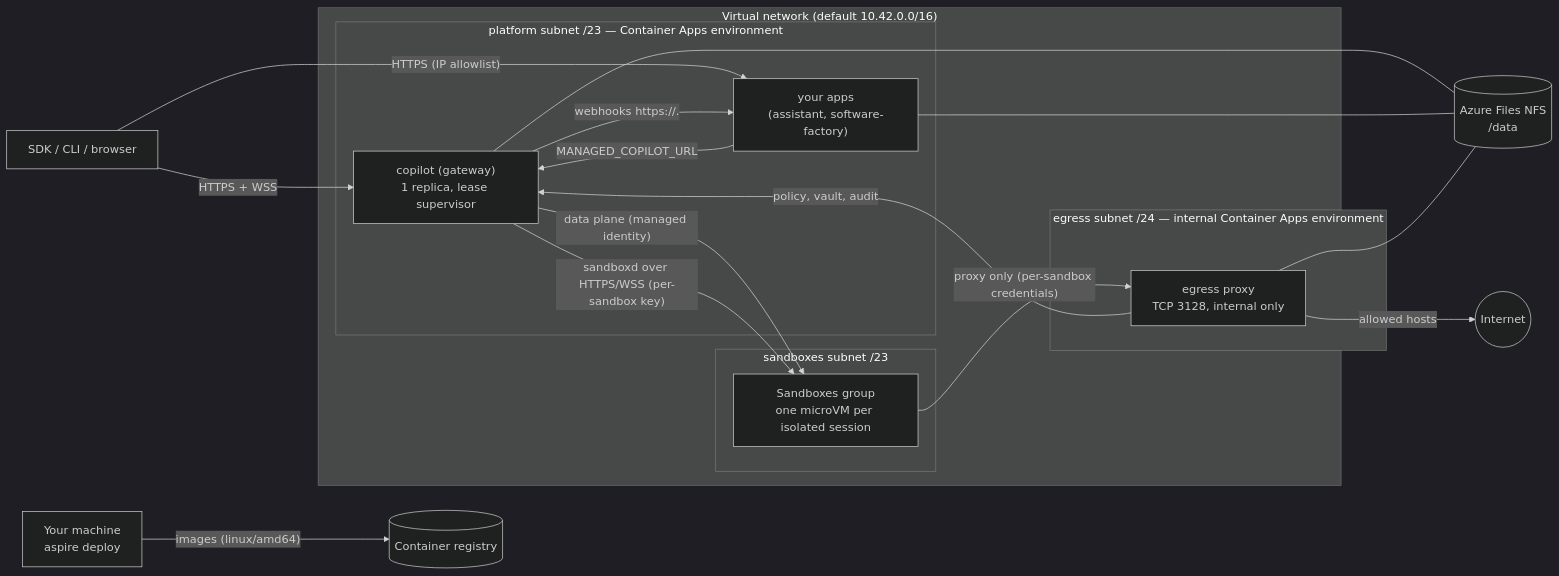
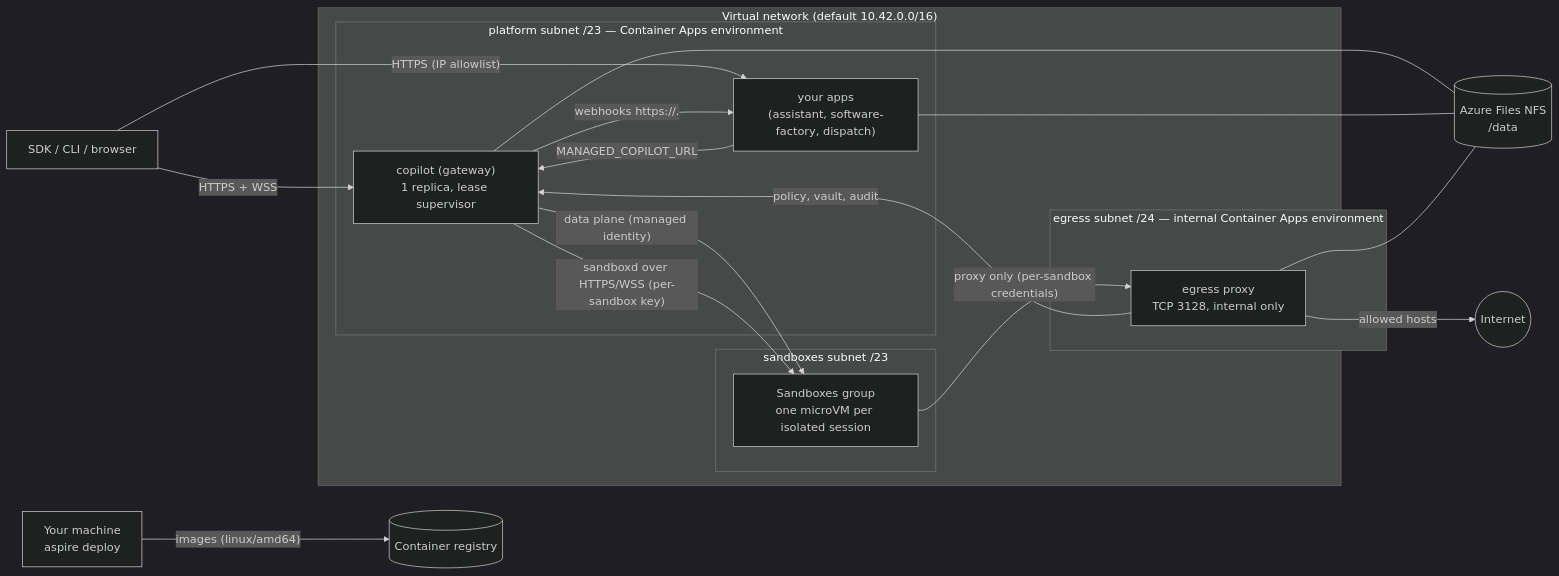
The diagram in docs/deployment.md (patniko/managed-copilot-sdk), drawn with Mermaid (dark theme) before and after one commit. The commit also changed other lines of this file and 4 other files, not shown here.

First line of the commit message:
Record Azure evidence for Dispatch and the agent-led factory

````diff
--- a/docs/deployment.md
+++ b/docs/deployment.md
@@ -25,30 +26,30 @@
 ```mermaid
 flowchart LR
   Dev["Your machine<br/>aspire deploy"] -- "images (linux/amd64)" --> ACR[(Container registry)]
   subgraph VNet["Virtual network (default 10.42.0.0/16)"]
     subgraph Platform["platform subnet /23 — Container Apps environment"]
       GW["copilot (gateway)<br/>1 replica, lease supervisor"]
-      Apps["your apps<br/>(assistant, software-factory)"]
+      Apps["your apps<br/>(assistant, software-factory, dispatch)"]
     end
     subgraph EgressNet["egress subnet /24 — internal Container Apps environment"]
       EP["egress proxy<br/>TCP 3128, internal only"]
     end
     subgraph SbxNet["sandboxes subnet /23"]
       SG["Sandboxes group<br/>one microVM per isolated session"]
     end
   end
   NFS[("Azure Files NFS<br/>/data")]
   Net((Internet))
   Client["SDK / CLI / browser"] -- "HTTPS + WSS" --> GW
   Client -- "HTTPS (IP allowlist)" --> Apps
   Apps -- "MANAGED_COPILOT_URL" --> GW
   GW -- "webhooks https://<app>.<domain>" --> Apps
   GW -- "data plane (managed identity)" --> SG
   GW -- "sandboxd over HTTPS/WSS (per-sandbox key)" --> SG
   SG -- "proxy only (per-sandbox credentials)" --> EP
   EP -- "policy, vault, audit" --> GW
   EP -- "allowed hosts" --> Net
   GW --- NFS
   Apps --- NFS
   EP --- NFS
 ```
````
